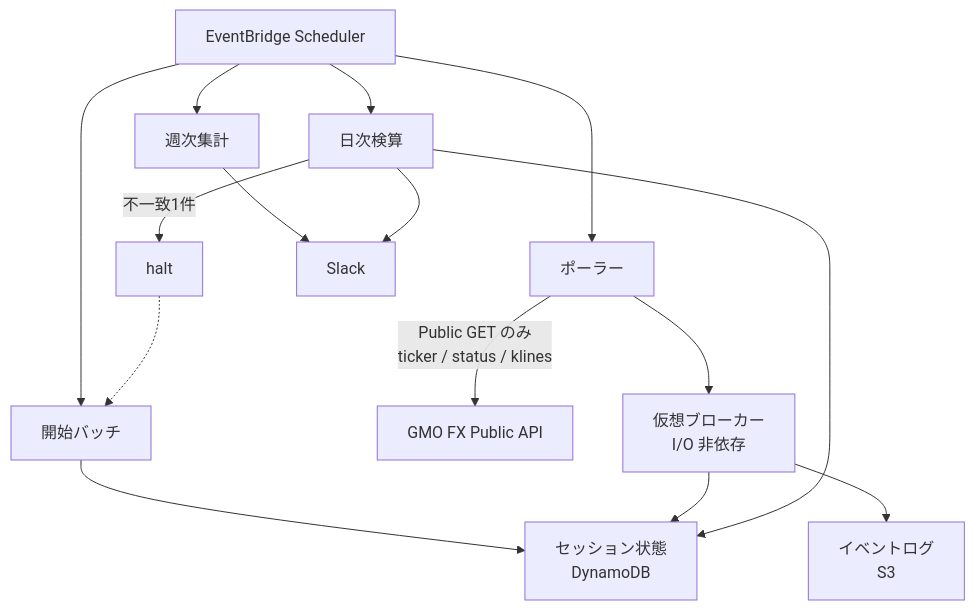
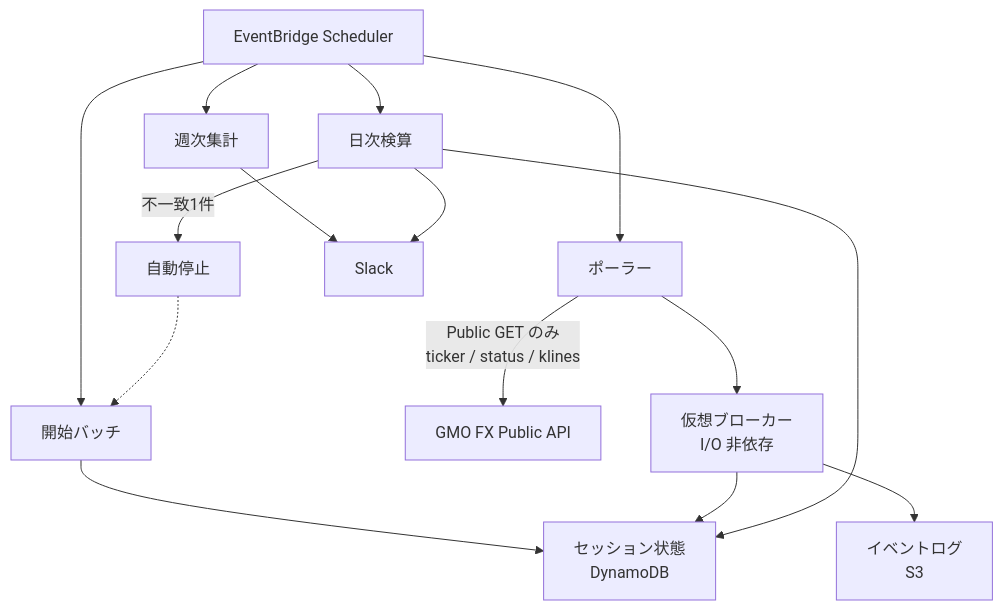
One commit to ozapon-IT/my-zenn changed the first of 2 diagrams in articles/gmo-fx-virtual-broker.md. Above: the diagram before and after it, drawn with Mermaid. The commit also changed other lines of this file, not shown here.

````diff
--- a/articles/gmo-fx-virtual-broker.md
+++ b/articles/gmo-fx-virtual-broker.md
@@ -37,17 +37,17 @@
 ```mermaid
 flowchart TD
     SCH["EventBridge Scheduler"] --> S["開始バッチ"]
     SCH --> P["ポーラー"]
     SCH --> V["日次検算"]
     SCH --> W["週次集計"]
     S --> DDB["セッション状態<br/>DynamoDB"]
     P -->|"Public GET のみ<br/>ticker / status / klines"| GMO["GMO FX Public API"]
     P --> VB["仮想ブローカー<br/>I/O 非依存"]
     VB --> DDB
     VB --> S3["イベントログ<br/>S3"]
     V --> DDB
-    V -->|"不一致1件"| H["halt"]
+    V -->|"不一致1件"| H["自動停止"]
     H -.-> S
     W --> SL["Slack"]
     V --> SL
 ```
````
